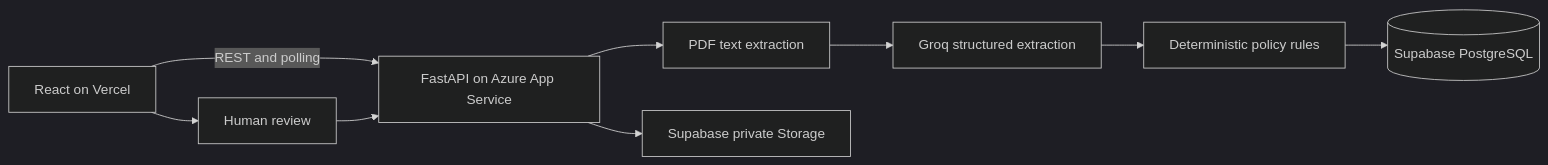
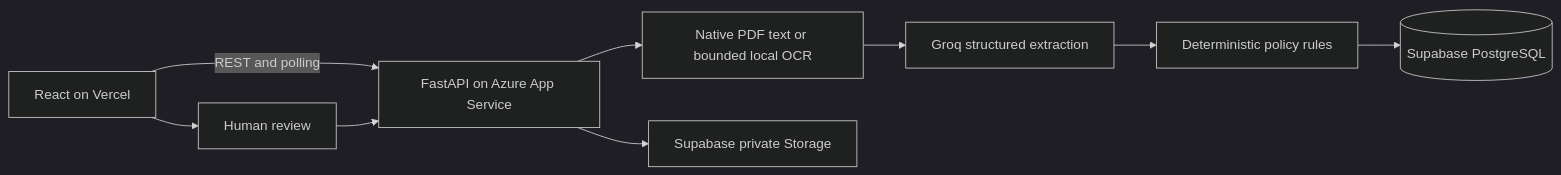
The diagram in README.md (rock917/ledgerly-ai-invoice-review), drawn with Mermaid (dark theme) before and after one commit. The commit also changed other lines of this file and 29 other files, not shown here.

Commit message:
Add minimal invoice workspace, themes, and bounded scan OCR

````diff
--- a/README.md
+++ b/README.md
@@ -19,11 +21,11 @@
 ```mermaid
 flowchart LR
   A[React on Vercel] -->|REST and polling| B[FastAPI on Azure App Service]
-  B --> C[PDF text extraction]
+  B --> C[Native PDF text or bounded local OCR]
   C --> D[Groq structured extraction]
   D --> E[Deterministic policy rules]
   E --> F[(Supabase PostgreSQL)]
   B --> G[Supabase private Storage]
   A --> H[Human review]
   H --> B
 ```
````
